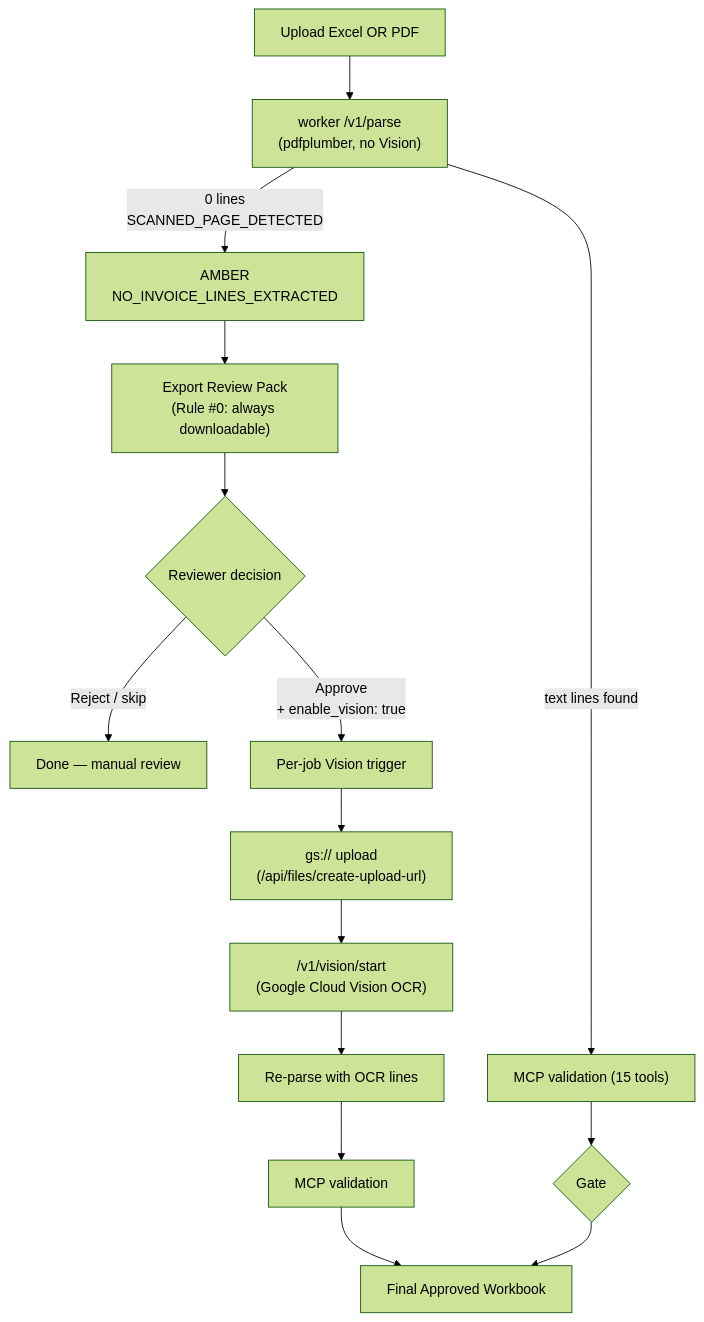
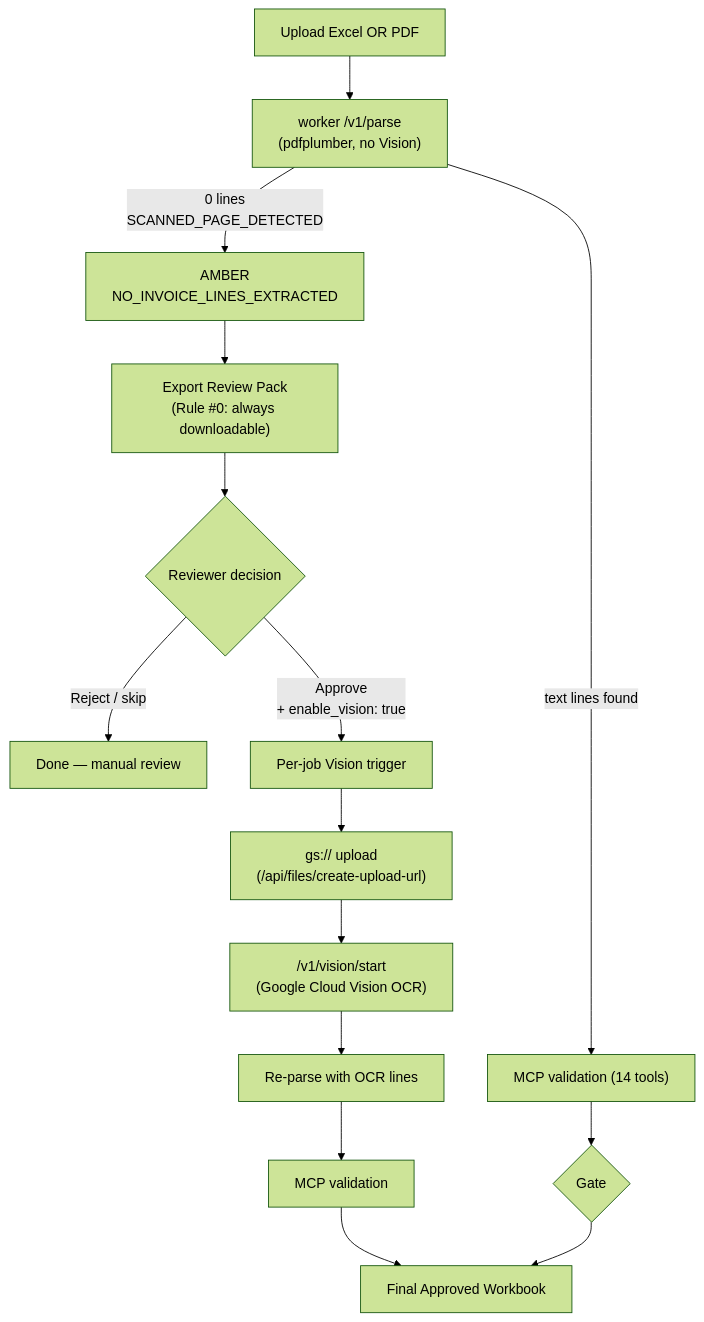
One commit to macho715/invoice_sct changed the third of 4 diagrams in README.md. Above: the diagram before and after it, drawn with Mermaid (forest theme). The commit also changed other lines of this file and 5 other files, not shown here.

````diff
--- a/README.md
+++ b/README.md
@@ -375,17 +375,17 @@
 ```mermaid
 flowchart TD
   U[Upload Excel OR PDF] --> P["worker /v1/parse<br/>(pdfplumber, no Vision)"]
-  P -->|text lines found| VAL["MCP validation (15 tools)"]
+  P -->|text lines found| VAL["MCP validation (14 tools)"]
   P -->|"0 lines<br/>SCANNED_PAGE_DETECTED"| AMBER["AMBER<br/>NO_INVOICE_LINES_EXTRACTED"]
   AMBER --> EX["Export Review Pack<br/>(Rule #0: always downloadable)"]
   EX --> DEC{Reviewer decision}
   DEC -->|Reject / skip| DONE[Done — manual review]
   DEC -->|"Approve<br/>+ enable_vision: true"| VEN["Per-job Vision trigger"]
   VEN --> GCS["gs:// upload<br/>(/api/files/create-upload-url)"]
   GCS --> VST["/v1/vision/start<br/>(Google Cloud Vision OCR)"]
   VST --> RPL["Re-parse with OCR lines"]
   RPL --> VAL2["MCP validation"]
   VAL2 --> FA["Final Approved Workbook"]
   VAL --> GATE{Gate}
   GATE --> FA
 ```
````
